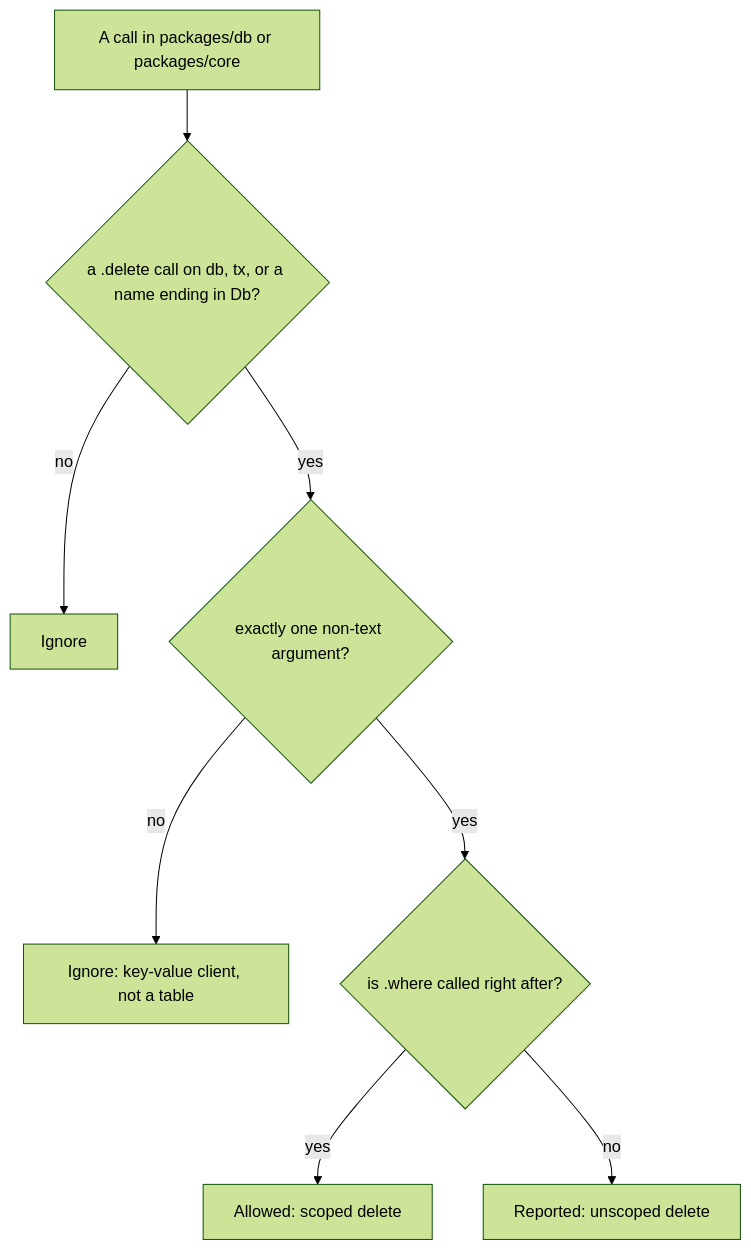
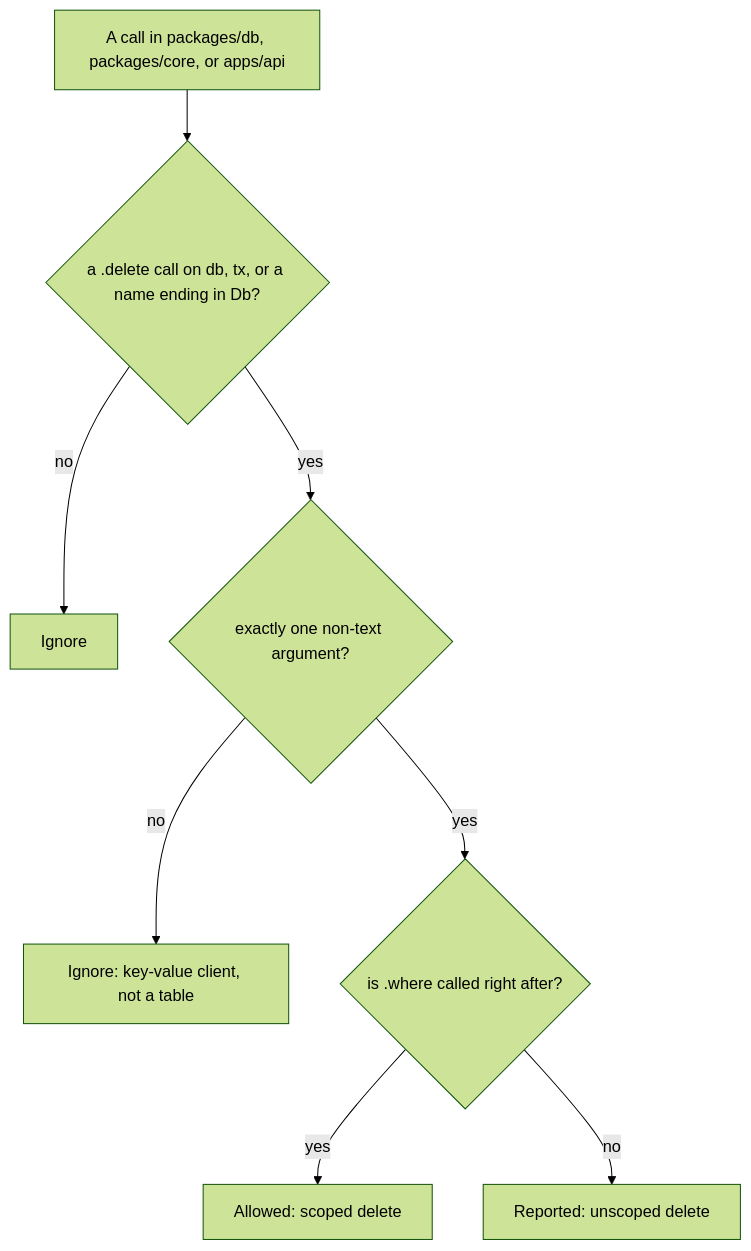
The diagram in docs/eslint-rules/no-unscoped-db-delete.md (ByteMeBaby/forgekit), drawn with Mermaid (forest theme) before and after one commit. The commit also changed other lines of this file and 3 other files, not shown here.

````diff
--- a/docs/eslint-rules/no-unscoped-db-delete.md
+++ b/docs/eslint-rules/no-unscoped-db-delete.md
@@ -31,10 +33,10 @@
 ```mermaid
 flowchart TD
-  start["A call in packages/db or packages/core"] --> isDelete{"a .delete call on db, tx, or a name ending in Db?"}
+  start["A call in packages/db, packages/core, or apps/api"] --> isDelete{"a .delete call on db, tx, or a name ending in Db?"}
   isDelete -->|no| ignore1["Ignore"]
   isDelete -->|yes| oneArg{"exactly one non-text argument?"}
   oneArg -->|no| ignore2["Ignore: key-value client, not a table"]
   oneArg -->|yes| whered{"is .where called right after?"}
   whered -->|yes| ok["Allowed: scoped delete"]
   whered -->|no| report["Reported: unscoped delete"]
 ```
````
